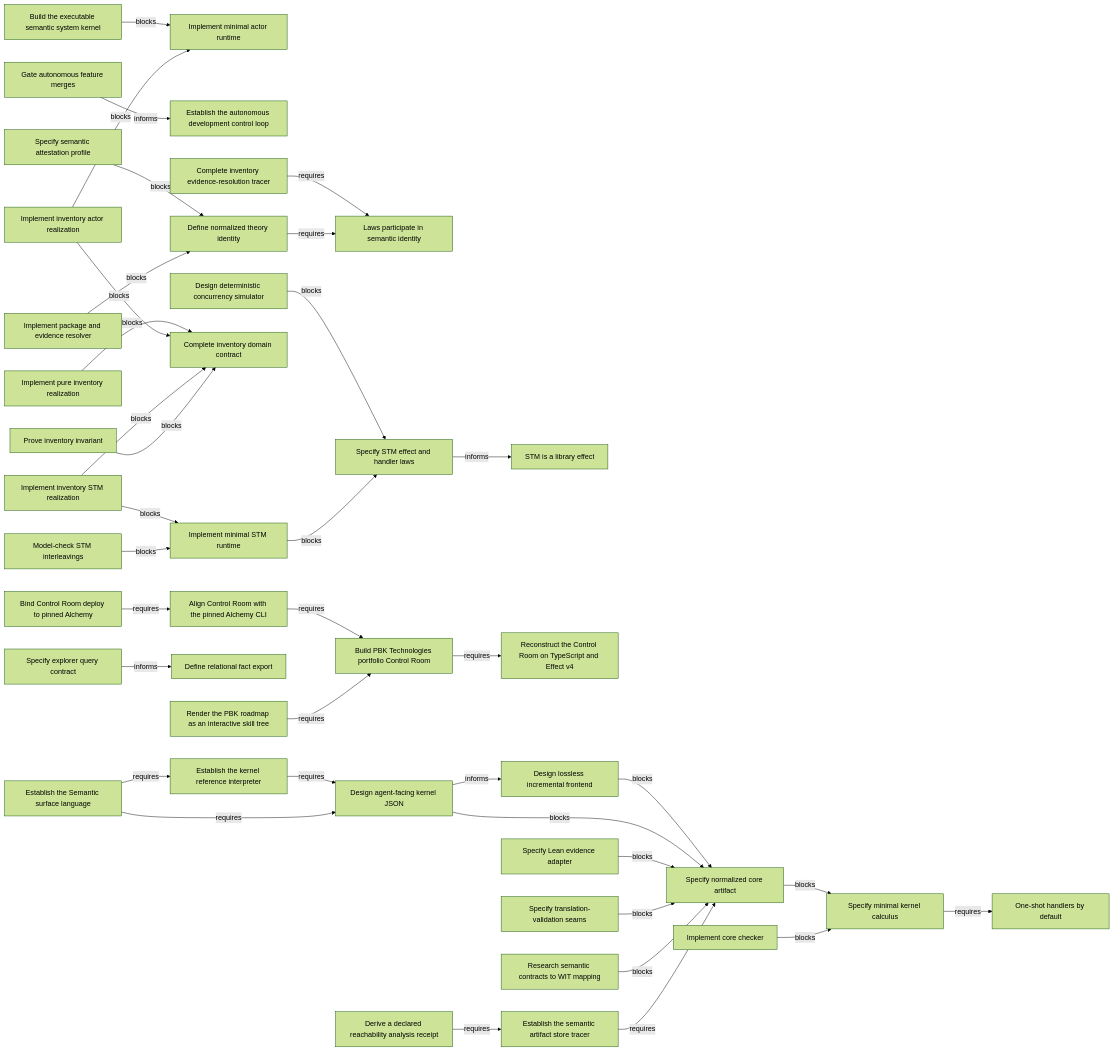
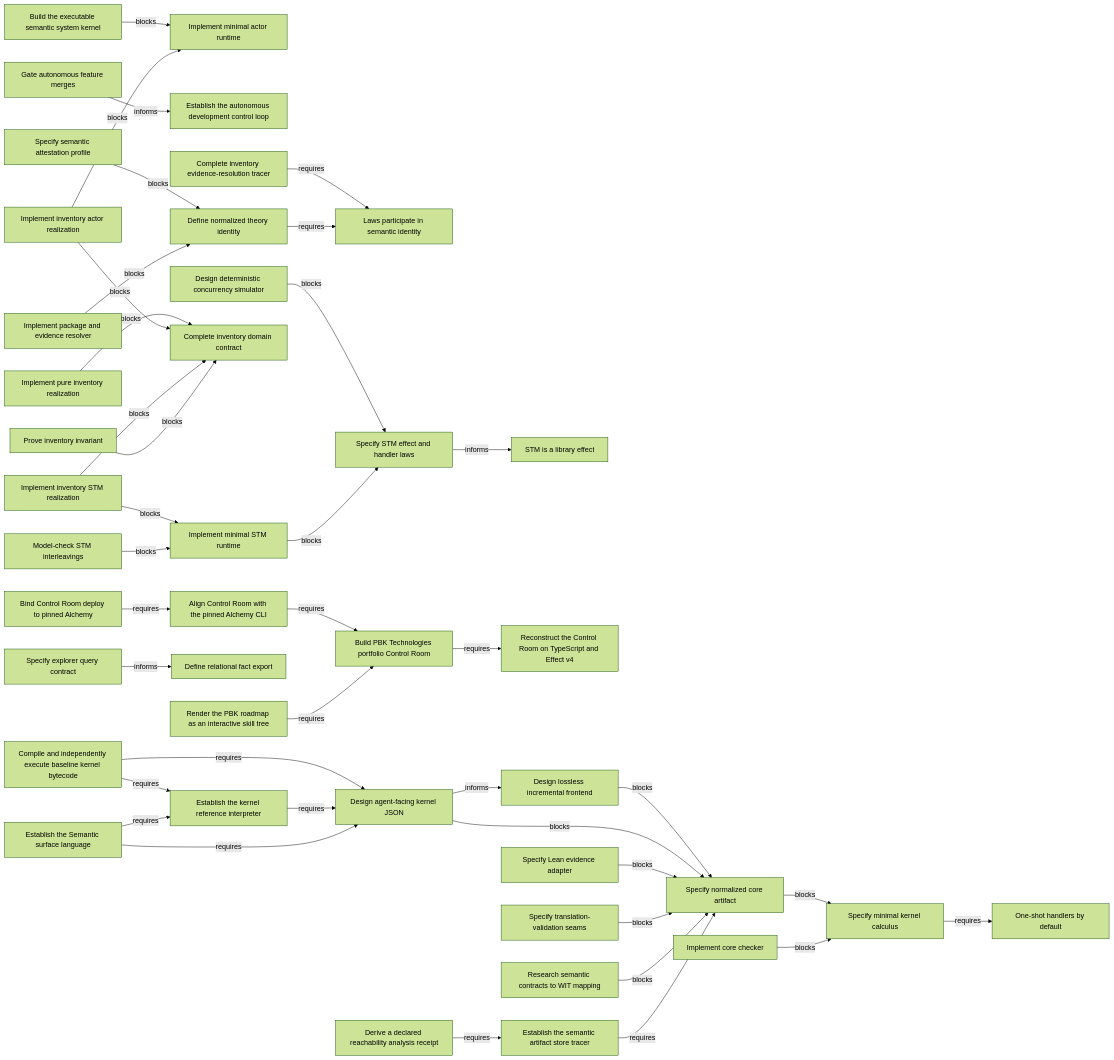
One commit to phibkro/semantic-systems changed the diagram in generated/05-work-dependencies.md. Above: the diagram before and after it, drawn with Mermaid (forest theme). The commit also changed 27 other files, not shown here.

First line of the commit message:
feat(language): add baseline bytecode backend (#14)

````diff
--- a/generated/05-work-dependencies.md
+++ b/generated/05-work-dependencies.md
@@ -5,77 +5,80 @@
 ```mermaid
 flowchart LR
     decision_gated_autonomous_merges["Gate autonomous feature merges"]
     decision_one_shot["One-shot handlers by default"]
     decision_stm_library["STM is a library effect"]
     decision_theory_identity["Laws participate in semantic identity"]
     work_actor_runtime["Implement minimal actor runtime"]
     work_agent_facing_kernel_json["Design agent-facing kernel JSON"]
     work_autonomous_development_loop["Establish the autonomous development control loop"]
+    work_baseline_bytecode_backend["Compile and independently execute baseline kernel bytecode"]
     work_control_room_alchemy_cli_compat["Align Control Room with the pinned Alchemy CLI"]
     work_control_room_interactive_skill_tree["Render the PBK roadmap as an interactive skill tree"]
     work_control_room_pinned_alchemy_workspace["Bind Control Room deploy to pinned Alchemy"]
     work_control_room_reconstruction["Reconstruct the Control Room on TypeScript and Effect v4"]
     work_core_checker["Implement core checker"]
     work_deterministic_simulator_spec["Design deterministic concurrency simulator"]
     work_executable_semantic_system_kernel["Build the executable semantic system kernel"]
     work_explorer_query_contract["Specify explorer query contract"]
     work_inventory_actor["Implement inventory actor realization"]
     work_inventory_design["Complete inventory domain contract"]
     work_inventory_proof["Prove inventory invariant"]
     work_inventory_pure["Implement pure inventory realization"]
     work_inventory_resolution_tracer["Complete inventory evidence-resolution tracer"]
     work_inventory_stm["Implement inventory STM realization"]
     work_kernel_reference_interpreter["Establish the kernel reference interpreter"]
     work_kernel_spec["Specify minimal kernel calculus"]
     work_lean_evidence_adapter["Specify Lean evidence adapter"]
     work_lossless_frontend_spec["Design lossless incremental frontend"]
     work_normalized_core_format["Specify normalized core artifact"]
     work_package_resolver["Implement package and evidence resolver"]
     work_pbk_portfolio_control_room["Build PBK Technologies portfolio Control Room"]
     work_reachability_analysis_receipt["Derive a declared reachability analysis receipt"]
     work_relational_fact_schema["Define relational fact export"]
     work_semantic_artifact_store["Establish the semantic artifact store tracer"]
     work_semantic_attestation_profile["Specify semantic attestation profile"]
     work_semantic_surface_language["Establish the Semantic surface language"]
     work_stm_laws["Specify STM effect and handler laws"]
     work_stm_model_check["Model-check STM interleavings"]
     work_stm_runtime["Implement minimal STM runtime"]
     work_theory_identity["Define normalized theory identity"]
     work_translation_validation_spec["Specify translation-validation seams"]
     work_wasm_contract_mapping["Research semantic contracts to WIT mapping"]
+    work_baseline_bytecode_backend -->|requires| work_kernel_reference_interpreter
+    work_baseline_bytecode_backend -->|requires| work_agent_facing_kernel_json
     work_control_room_alchemy_cli_compat -->|requires| work_pbk_portfolio_control_room
     work_control_room_interactive_skill_tree -->|requires| work_pbk_portfolio_control_room
     work_control_room_pinned_alchemy_workspace -->|requires| work_control_room_alchemy_cli_compat
     decision_gated_autonomous_merges -->|informs| work_autonomous_development_loop
     work_executable_semantic_system_kernel -->|blocks| work_actor_runtime
     work_inventory_resolution_tracer -->|requires| decision_theory_identity
     work_kernel_reference_interpreter -->|requires| work_agent_facing_kernel_json
     work_pbk_portfolio_control_room -->|requires| work_control_room_reconstruction
     work_reachability_analysis_receipt -->|requires| work_semantic_artifact_store
     work_normalized_core_format -->|blocks| work_kernel_spec
     work_lossless_frontend_spec -->|blocks| work_normalized_core_format
     work_agent_facing_kernel_json -->|blocks| work_normalized_core_format
     work_agent_facing_kernel_json -->|informs| work_lossless_frontend_spec
     work_lean_evidence_adapter -->|blocks| work_normalized_core_format
     work_translation_validation_spec -->|blocks| work_normalized_core_format
     work_semantic_attestation_profile -->|blocks| work_theory_identity
     work_wasm_contract_mapping -->|blocks| work_normalized_core_format
     work_deterministic_simulator_spec -->|blocks| work_stm_laws
     work_explorer_query_contract -->|informs| work_relational_fact_schema
     work_semantic_artifact_store -->|requires| work_normalized_core_format
     work_semantic_surface_language -->|requires| work_agent_facing_kernel_json
     work_semantic_surface_language -->|requires| work_kernel_reference_interpreter
     work_core_checker -->|blocks| work_kernel_spec
     work_kernel_spec -->|requires| decision_one_shot
     work_theory_identity -->|requires| decision_theory_identity
     work_package_resolver -->|blocks| work_theory_identity
     work_inventory_pure -->|blocks| work_inventory_design
     work_inventory_actor -->|blocks| work_inventory_design
     work_inventory_actor -->|blocks| work_actor_runtime
     work_stm_laws -->|informs| decision_stm_library
     work_stm_runtime -->|blocks| work_stm_laws
     work_inventory_stm -->|blocks| work_inventory_design
     work_inventory_stm -->|blocks| work_stm_runtime
     work_inventory_proof -->|blocks| work_inventory_design
     work_stm_model_check -->|blocks| work_stm_runtime
 ```
````
